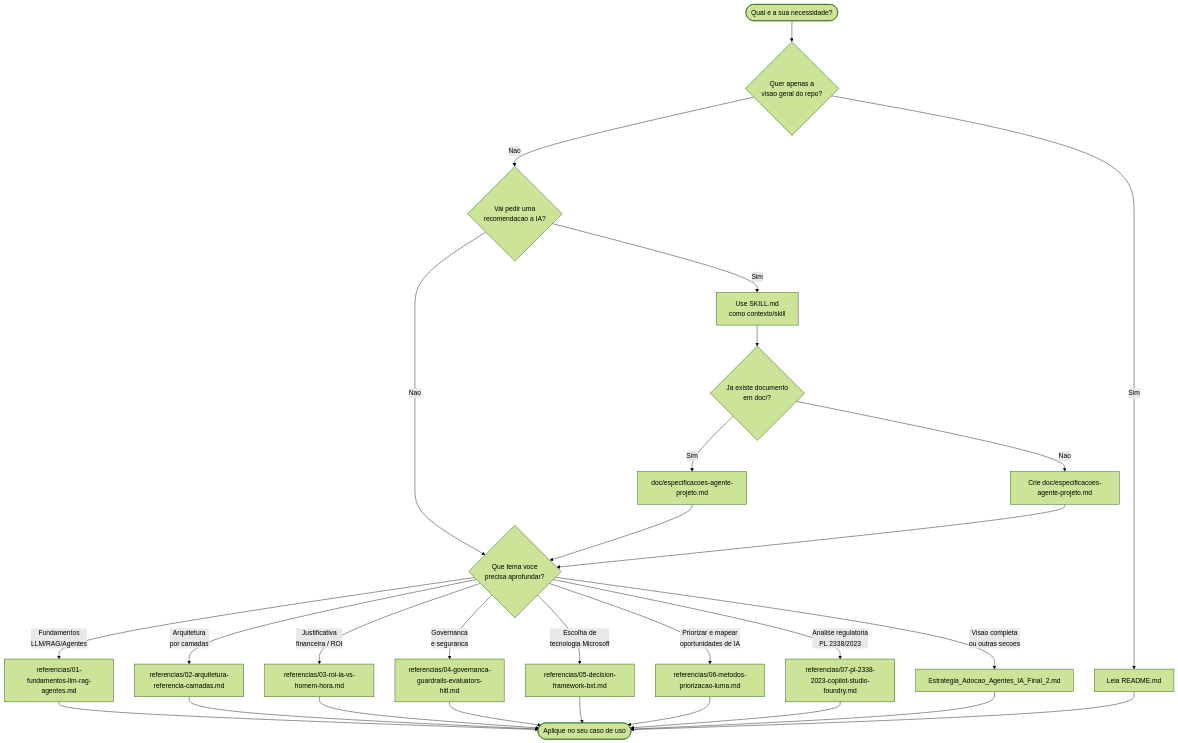
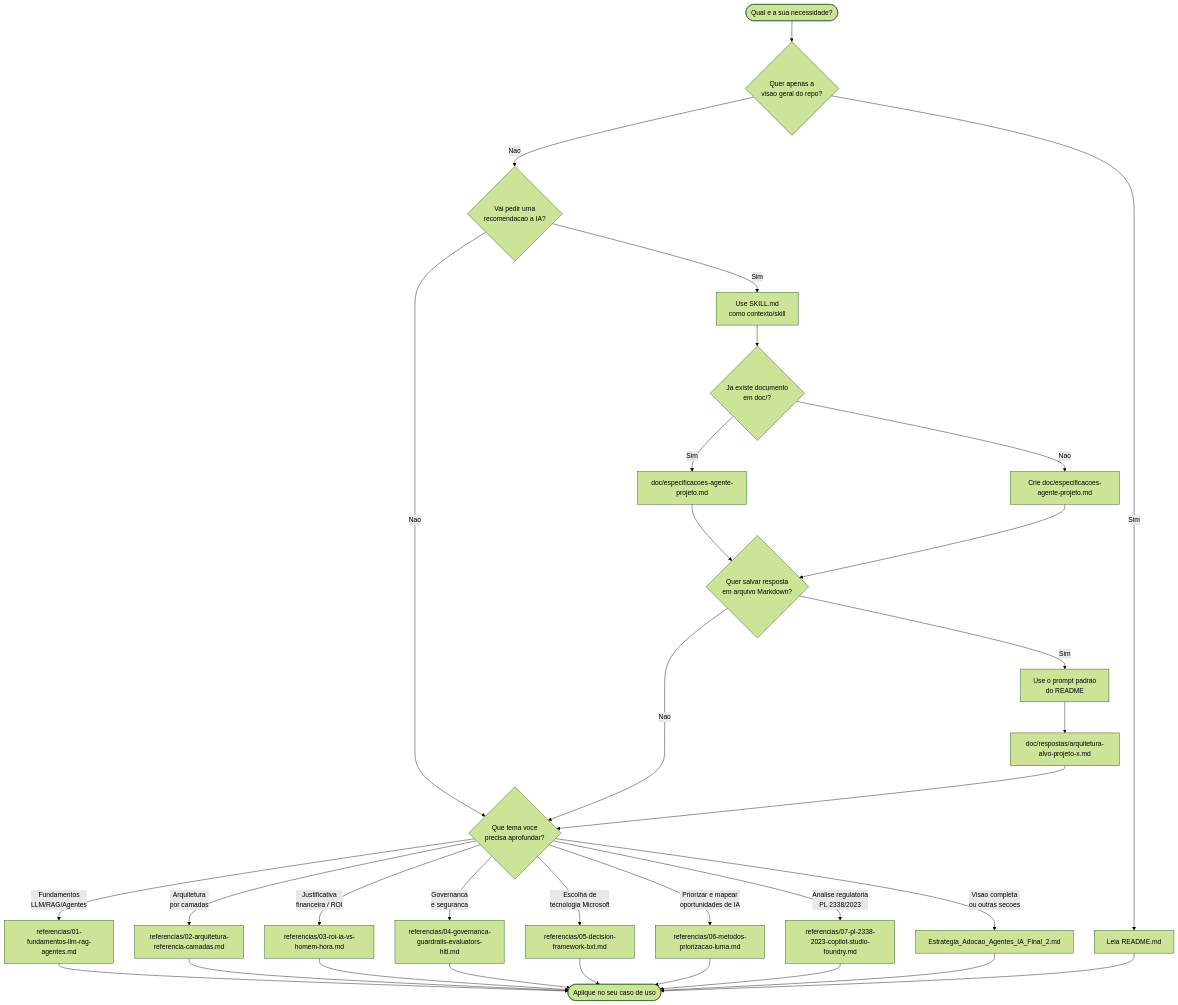
One commit to fabioharams/hubsp-ai-skill changed the second of 2 diagrams in README.md. Above: the diagram before and after it, drawn with Mermaid (forest theme). The commit also changed other lines of this file, not shown here.

Commit message:
gera output em markdown em formato executivo

````diff
--- a/README.md
+++ b/README.md
@@ -71,34 +78,38 @@
 ```mermaid
 flowchart TD
     START([Qual e a sua necessidade?]) --> Q1{Quer apenas a<br/>visao geral do repo?}
     Q1 -- Sim --> README[Leia README.md]
     Q1 -- Nao --> Q2{Vai pedir uma<br/>recomendacao a IA?}
 
     Q2 -- Sim --> SKILL[Use SKILL.md<br/>como contexto/skill]
     Q2 -- Nao --> Q3{Que tema voce<br/>precisa aprofundar?}
 
    SKILL --> QDOC{Ja existe documento<br/>em doc/?}
    QDOC -- Sim --> DOC[doc/especificacoes-agente-projeto.md]
    QDOC -- Nao --> DOCNEW[Crie doc/especificacoes-agente-projeto.md]
-   DOC --> Q3
-   DOCNEW --> Q3
+   DOC --> QOUT{Quer salvar resposta<br/>em arquivo Markdown?}
+   DOCNEW --> QOUT
+   QOUT -- Sim --> PROMPT[Use o prompt padrao<br/>do README]
+   PROMPT --> OUTMD[doc/respostas/arquitetura-alvo-projeto-x.md]
+   QOUT -- Nao --> Q3
+   OUTMD --> Q3
 
     Q3 -- Fundamentos<br/>LLM/RAG/Agentes --> R1[referencias/01-fundamentos-llm-rag-agentes.md]
     Q3 -- Arquitetura<br/>por camadas --> R2[referencias/02-arquitetura-referencia-camadas.md]
     Q3 -- Justificativa<br/>financeira / ROI --> R3[referencias/03-roi-ia-vs-homem-hora.md]
     Q3 -- Governanca<br/>e seguranca --> R4[referencias/04-governanca-guardrails-evaluators-hitl.md]
     Q3 -- Escolha de<br/>tecnologia Microsoft --> R5[referencias/05-decision-framework-bxt.md]
     Q3 -- Priorizar e mapear<br/>oportunidades de IA --> R6[referencias/06-metodos-priorizacao-luma.md]
    Q3 -- Analise regulatoria<br/>PL 2338/2023 --> R7[referencias/07-pl-2338-2023-copilot-studio-foundry.md]
     Q3 -- Visao completa<br/>ou outras secoes --> CANON[Estrategia_Adocao_Agentes_IA_Final_2.md]
 
     R1 --> END([Aplique no seu caso de uso])
     R2 --> END
     R3 --> END
     R4 --> END
     R5 --> END
     R6 --> END
    R7 --> END
     CANON --> END
     README --> END
 ```
````
